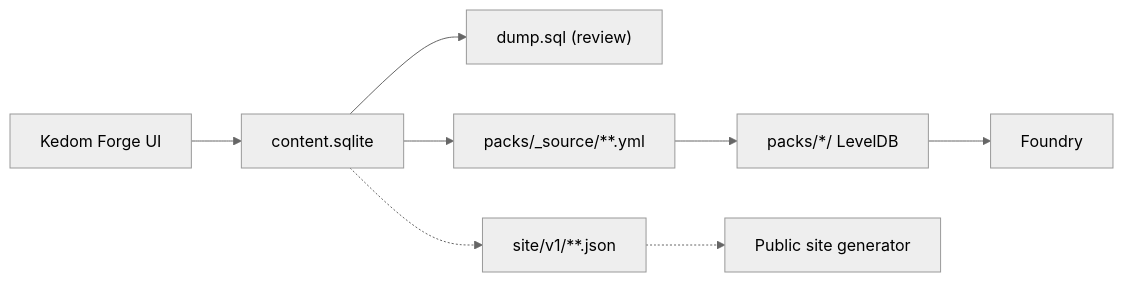
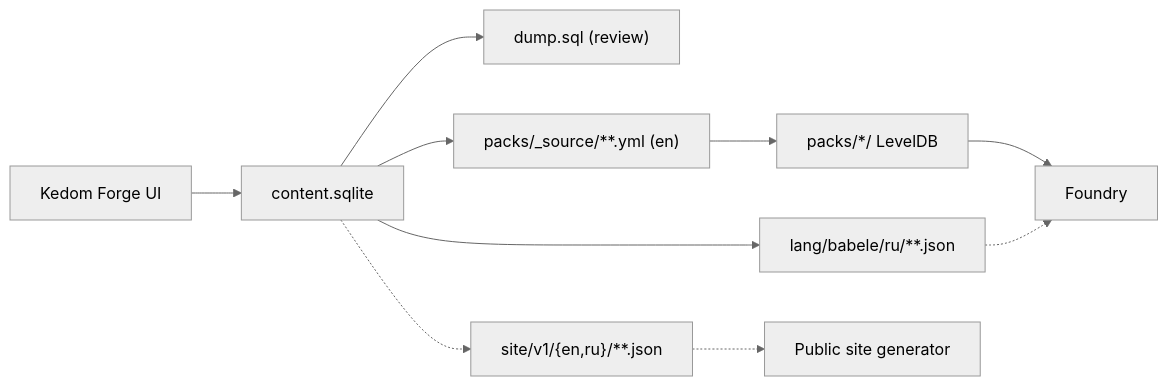
One commit to c7d5a6/foundry-kedom-rpg changed the diagram in docs/system/compendium-pipeline.md. Above: the diagram before and after it, drawn with Mermaid (neutral theme). The commit also changed other lines of this file and 15 other files, not shown here.

````diff
--- a/docs/system/compendium-pipeline.md
+++ b/docs/system/compendium-pipeline.md
@@ -7,10 +7,12 @@
 ```mermaid
 flowchart LR
   forge["Kedom Forge UI"] --> sqlite["content.sqlite"]
   sqlite --> dump["dump.sql (review)"]
-  sqlite --> yaml["packs/_source/**.yml"]
+  sqlite --> yaml["packs/_source/**.yml (en)"]
   yaml --> ldb["packs/*/ LevelDB"]
   ldb --> foundry["Foundry"]
-  sqlite -.-> site["site/v1/**.json"]
+  sqlite --> babele["lang/babele/ru/**.json"]
+  babele -.-> foundry
+  sqlite -.-> site["site/v1/{en,ru}/**.json"]
   site -.-> web["Public site generator"]
 ```
````
